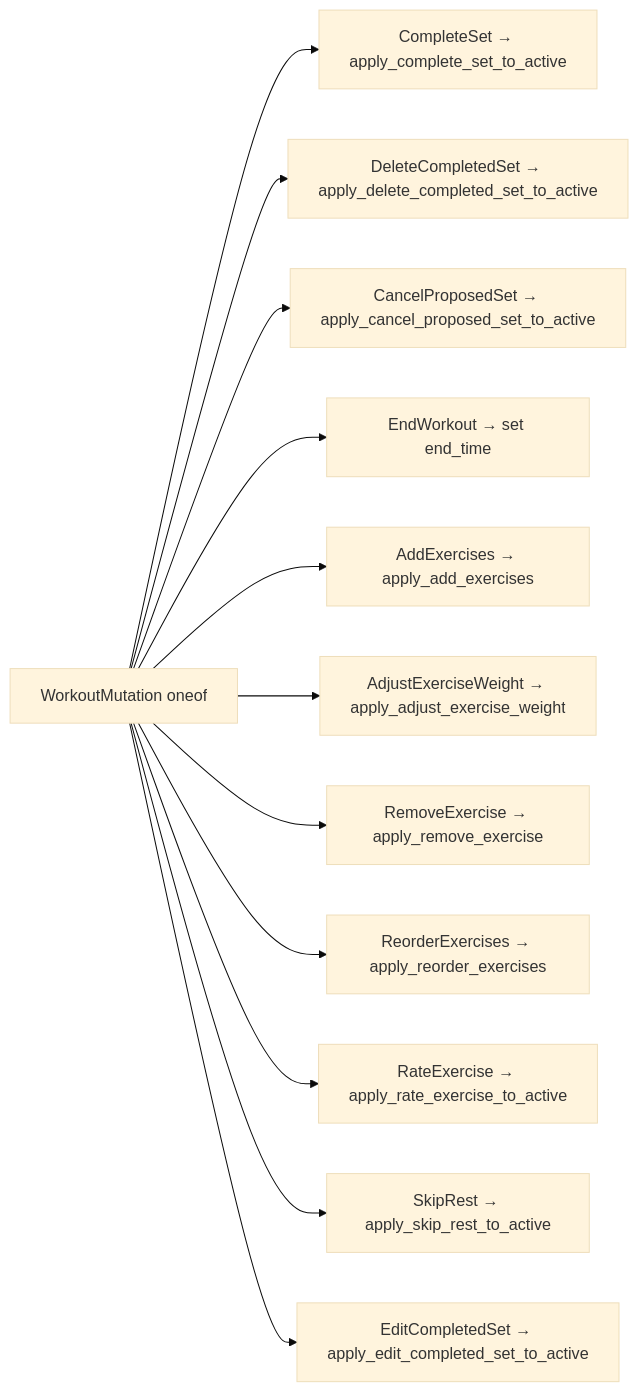
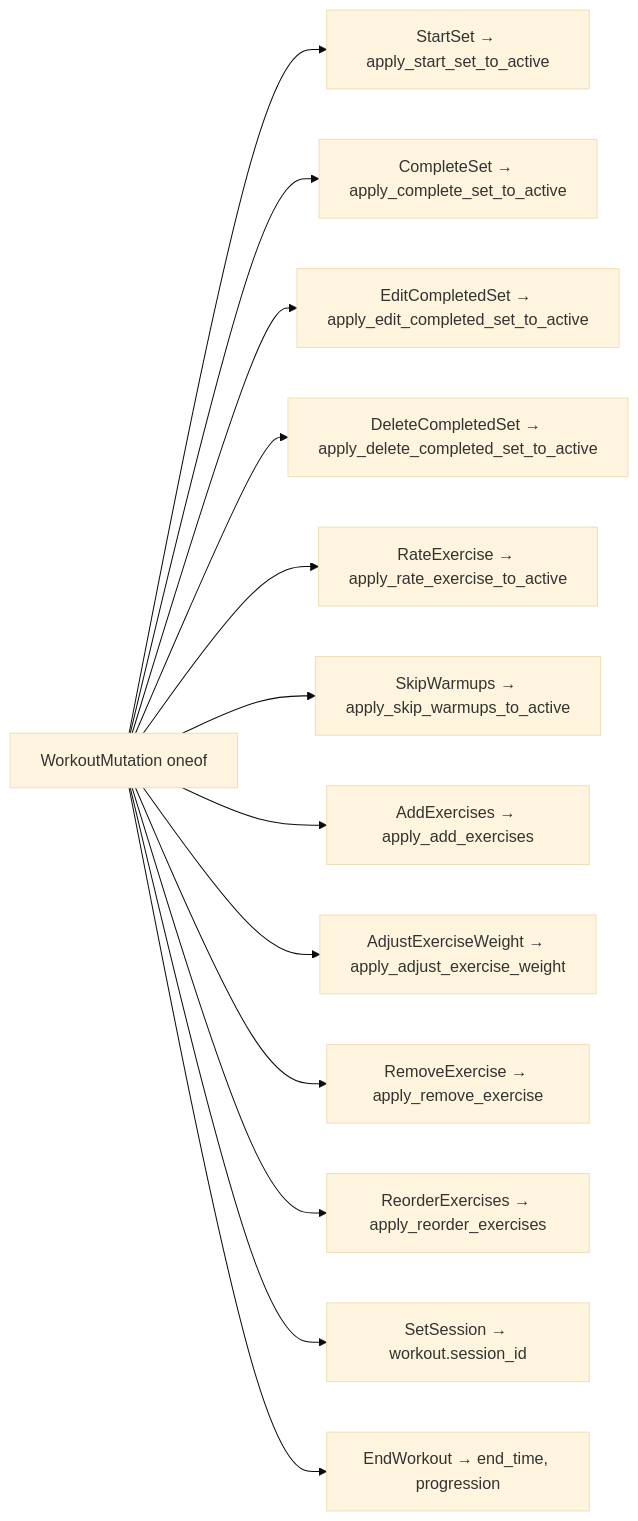
One commit to brensch/lift changed the sixth of 7 diagrams in docs/architecture/workout-lifecycle.md. Above: the diagram before and after it, drawn with Mermaid (base theme). The commit also changed other lines of this file and 214 other files, not shown here.

````diff
--- a/docs/architecture/workout-lifecycle.md
+++ b/docs/architecture/workout-lifecycle.md
@@ -207,14 +206,15 @@
 ```mermaid
 graph LR
-    m["WorkoutMutation oneof"] --> t2["CompleteSet → apply_complete_set_to_active"]
-    m --> t3["DeleteCompletedSet → apply_delete_completed_set_to_active"]
-    m --> t4["CancelProposedSet → apply_cancel_proposed_set_to_active"]
-    m --> t5["EndWorkout → set end_time"]
-    m --> t6["AddExercises → apply_add_exercises"]
-    m --> t7["AdjustExerciseWeight → apply_adjust_exercise_weight"]
-    m --> t8["RemoveExercise → apply_remove_exercise"]
-    m --> t9["ReorderExercises → apply_reorder_exercises"]
-    m --> t10["RateExercise → apply_rate_exercise_to_active"]
-    m --> t11["SkipRest → apply_skip_rest_to_active"]
-    m --> t12["EditCompletedSet → apply_edit_completed_set_to_active"]
+    m["WorkoutMutation oneof"] --> t1["StartSet → apply_start_set_to_active"]
+    m --> t2["CompleteSet → apply_complete_set_to_active"]
+    m --> t3["EditCompletedSet → apply_edit_completed_set_to_active"]
+    m --> t4["DeleteCompletedSet → apply_delete_completed_set_to_active"]
+    m --> t5["RateExercise → apply_rate_exercise_to_active"]
+    m --> t6["SkipWarmups → apply_skip_warmups_to_active"]
+    m --> t7["AddExercises → apply_add_exercises"]
+    m --> t8["AdjustExerciseWeight → apply_adjust_exercise_weight"]
+    m --> t9["RemoveExercise → apply_remove_exercise"]
+    m --> t10["ReorderExercises → apply_reorder_exercises"]
+    m --> t11["SetSession → workout.session_id"]
+    m --> t12["EndWorkout → end_time, progression"]
 ```
````
